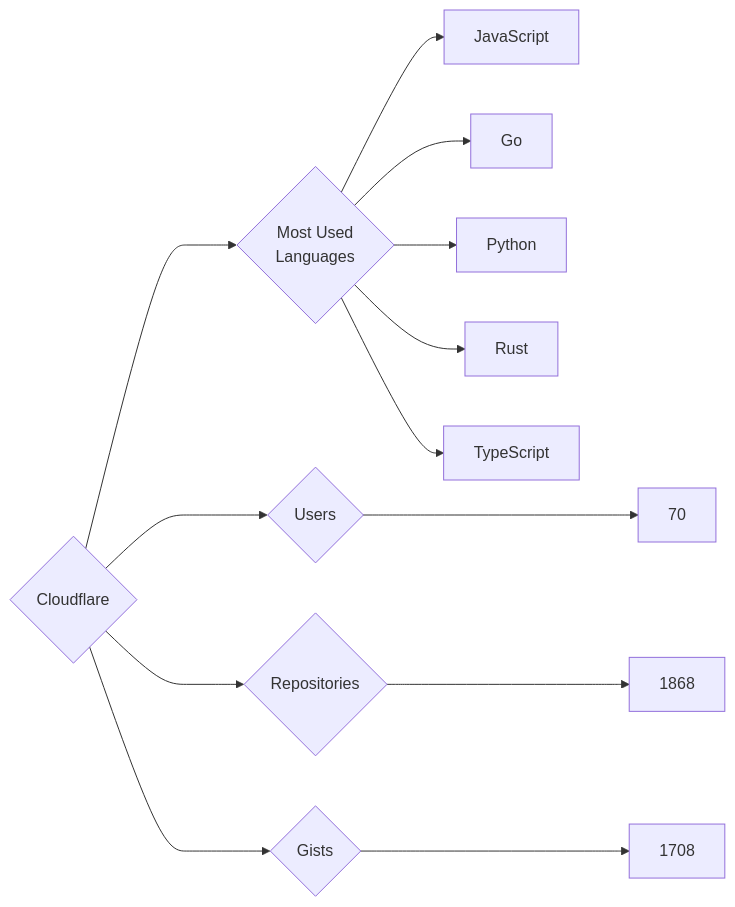
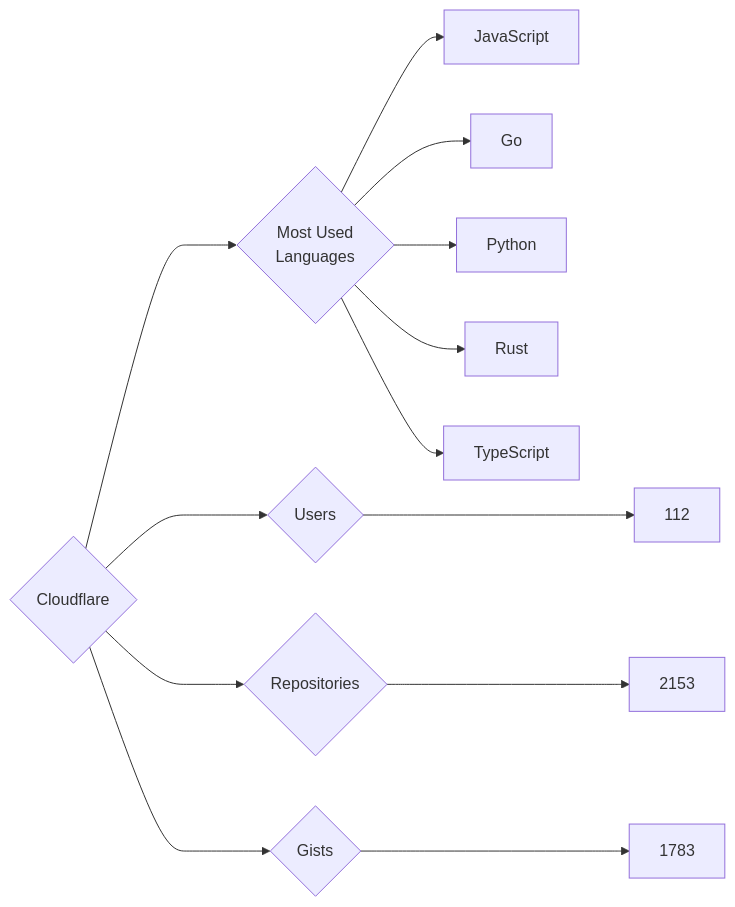
Before and after one commit to trickest/insiders: the diagram in targets/Cloudflare/README.md, drawn with Mermaid. The commit also changed 681 other files, not shown here.

````diff
--- a/targets/Cloudflare/README.md
+++ b/targets/Cloudflare/README.md
@@ -3,13 +3,13 @@
 ```mermaid
 graph LR
 COMPANY_NAME{Cloudflare}
-COMPANY_NAME ---> U{Users} ---> UN[70]
-COMPANY_NAME ---> R{Repositories} ---> RN[1868]
-COMPANY_NAME ---> G{Gists} ---> GN[1708]
+COMPANY_NAME ---> U{Users} ---> UN[112]
+COMPANY_NAME ---> R{Repositories} ---> RN[2153]
+COMPANY_NAME ---> G{Gists} ---> GN[1783]
 COMPANY_NAME ---> ML{Most Used<br>Languages}
 ML --> JavaScript[JavaScript]
 ML --> Go[Go]
 ML --> Python[Python]
 ML --> Rust[Rust]
 ML --> TypeScript[TypeScript]
 ```
````
